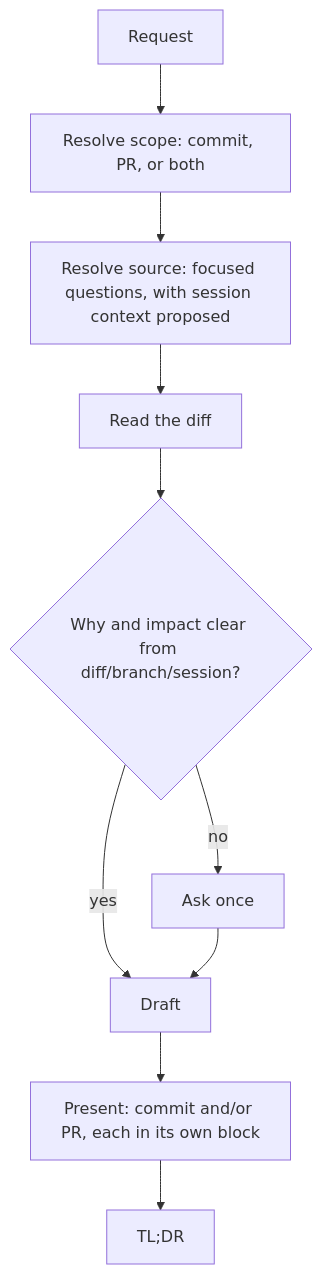
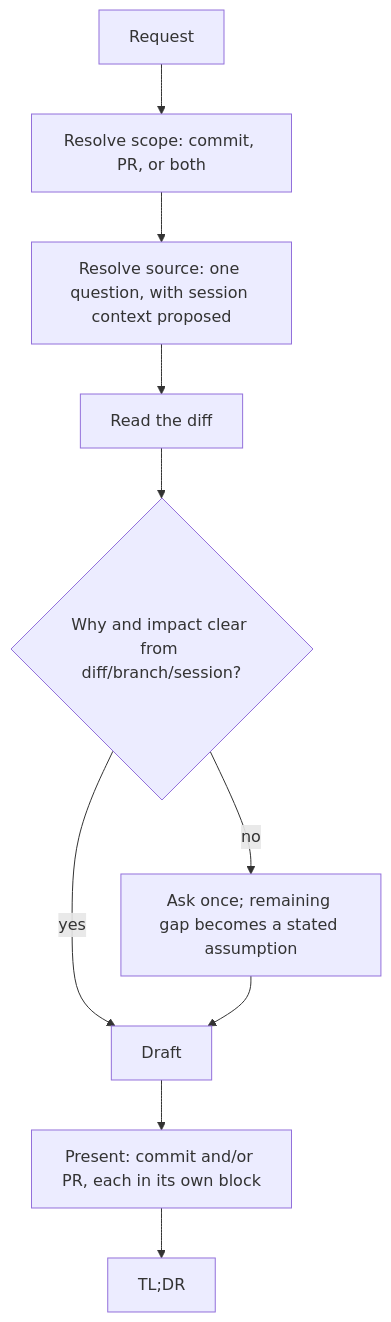
Before and after one commit to nico0695/ai-tools: the diagram in skills/generic-skills/production/commit-closer/README.md, drawn with Mermaid. The commit also changed other lines of this file and 17 other files, not shown here.

````diff
--- a/skills/generic-skills/production/commit-closer/README.md
+++ b/skills/generic-skills/production/commit-closer/README.md
@@ -29,12 +29,12 @@
 ```mermaid
 flowchart TD
     A[Request] --> B[Resolve scope: commit, PR, or both]
-    B --> C[Resolve source: focused questions, with session context proposed]
+    B --> C[Resolve source: one question, with session context proposed]
     C --> D[Read the diff]
     D --> E{Why and impact clear from diff/branch/session?}
-    E -->|no| F[Ask once]
+    E -->|no| F[Ask once; remaining gap becomes a stated assumption]
     E -->|yes| G[Draft]
     F --> G
     G --> H[Present: commit and/or PR, each in its own block]
     H --> I[TL;DR]
 ```
````
